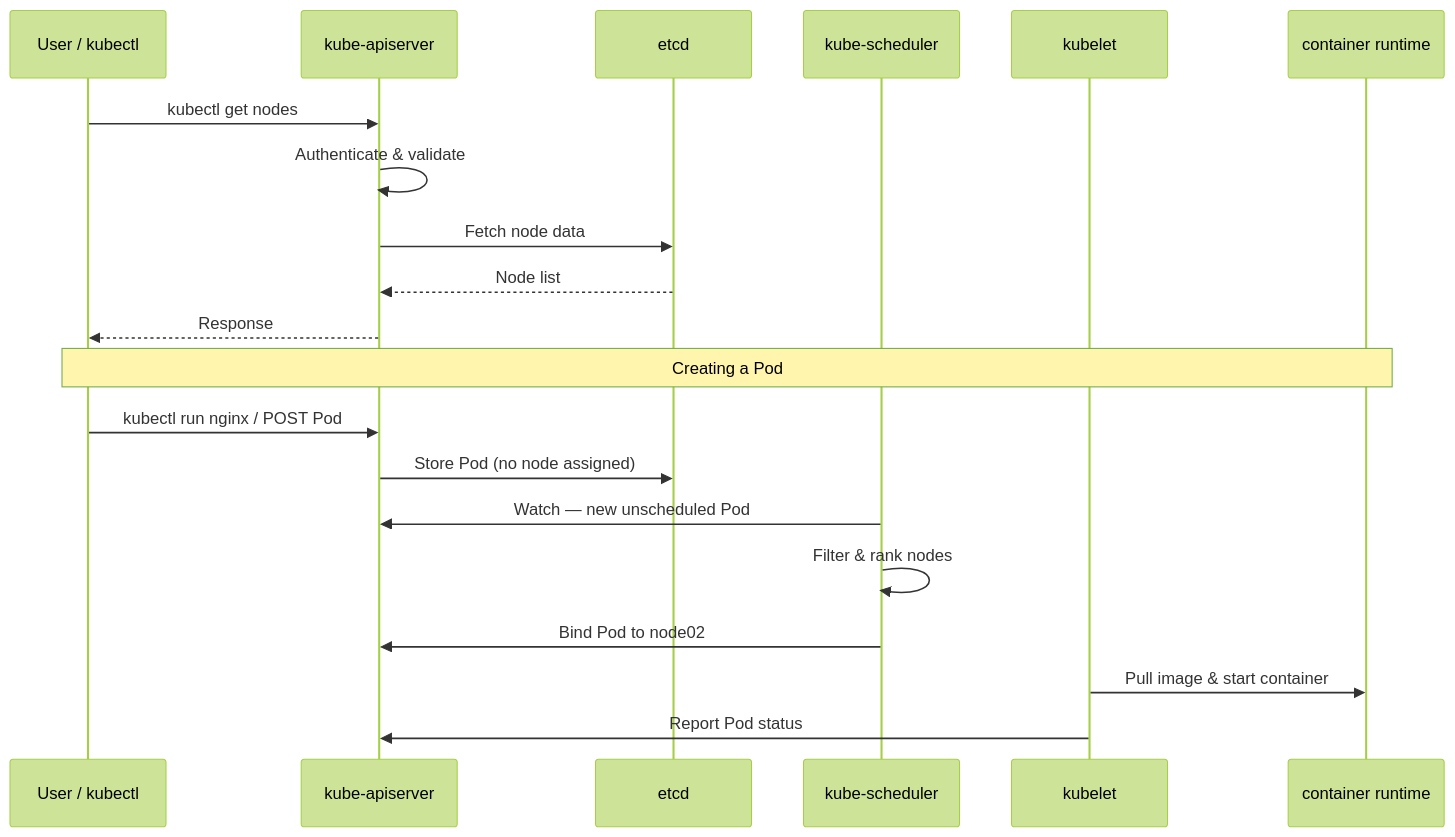
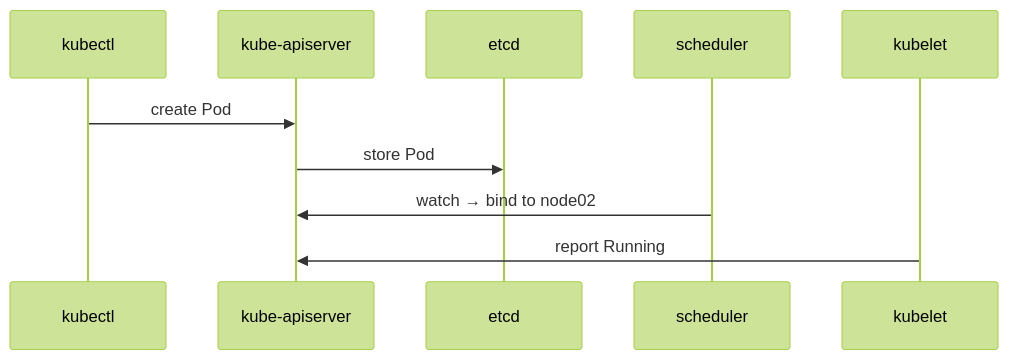
Before and after one commit to AbdelwahabAdam/K8S-notes: the fourth of 10 diagrams in Study/1.Core Concepts/enhanced_readme.md, drawn with Mermaid (forest theme). The commit also changed other lines of this file and 22 other files, not shown here.

````diff
--- a/Study/1.Core Concepts/enhanced_readme.md
+++ b/Study/1.Core Concepts/enhanced_readme.md
@@ -190,24 +249,13 @@
 ```mermaid
 sequenceDiagram
-    participant U as User / kubectl
+    participant U as kubectl
     participant API as kube-apiserver
     participant ETCD as etcd
-    participant SCH as kube-scheduler
+    participant SCH as scheduler
     participant KL as kubelet
-    participant RT as container runtime
 
-    U->>API: kubectl get nodes
-    API->>API: Authenticate & validate
-    API->>ETCD: Fetch node data
-    ETCD-->>API: Node list
-    API-->>U: Response
-
-    Note over U,RT: Creating a Pod
-    U->>API: kubectl run nginx / POST Pod
-    API->>ETCD: Store Pod (no node assigned)
-    SCH->>API: Watch — new unscheduled Pod
-    SCH->>SCH: Filter & rank nodes
-    SCH->>API: Bind Pod to node02
-    KL->>RT: Pull image & start container
-    KL->>API: Report Pod status
+    U->>API: create Pod
+    API->>ETCD: store Pod
+    SCH->>API: watch → bind to node02
+    KL->>API: report Running
 ```
````
